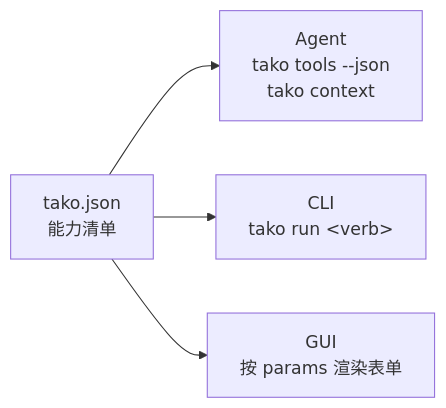
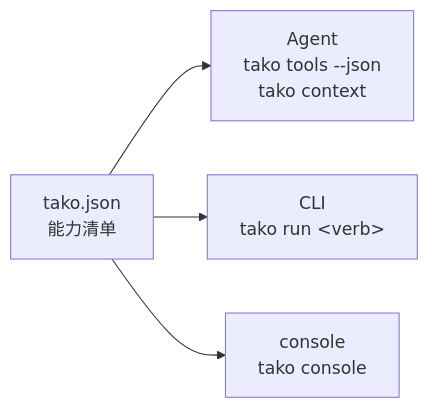
Before and after one commit to 1623311678/Tako: the diagram in README.md, drawn with Mermaid. The commit also changed other lines of this file and 15 other files, not shown here.

Commit message:
feat: capture/verify/repo/console/driver 能力与官方 browser 驱动插件（核心 0.3.0 + @hun-dun/tako-adapter-browser 0.1.0）

````diff
--- a/README.md
+++ b/README.md
@@ -12,6 +12,6 @@
 ```mermaid
 flowchart LR
   M["tako.json<br/>能力清单"] --> A["Agent<br/>tako tools --json<br/>tako context"]
   M --> C["CLI<br/>tako run &lt;verb&gt;"]
-  M --> G["GUI<br/>按 params 渲染表单"]
+  M --> G["console<br/>tako console"]
 ```
````
